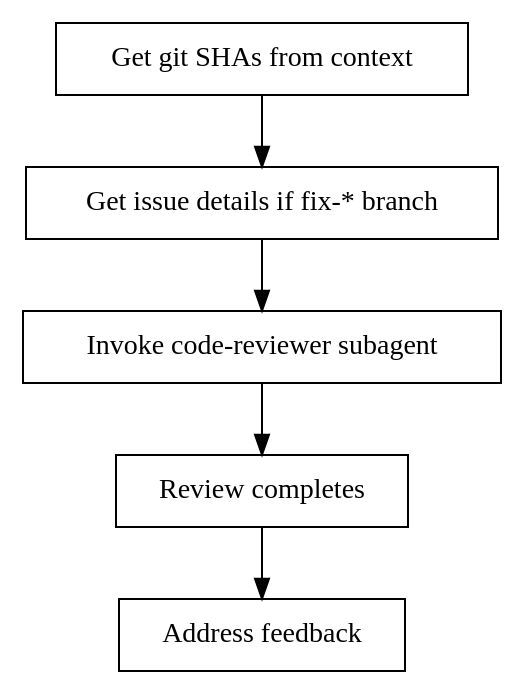
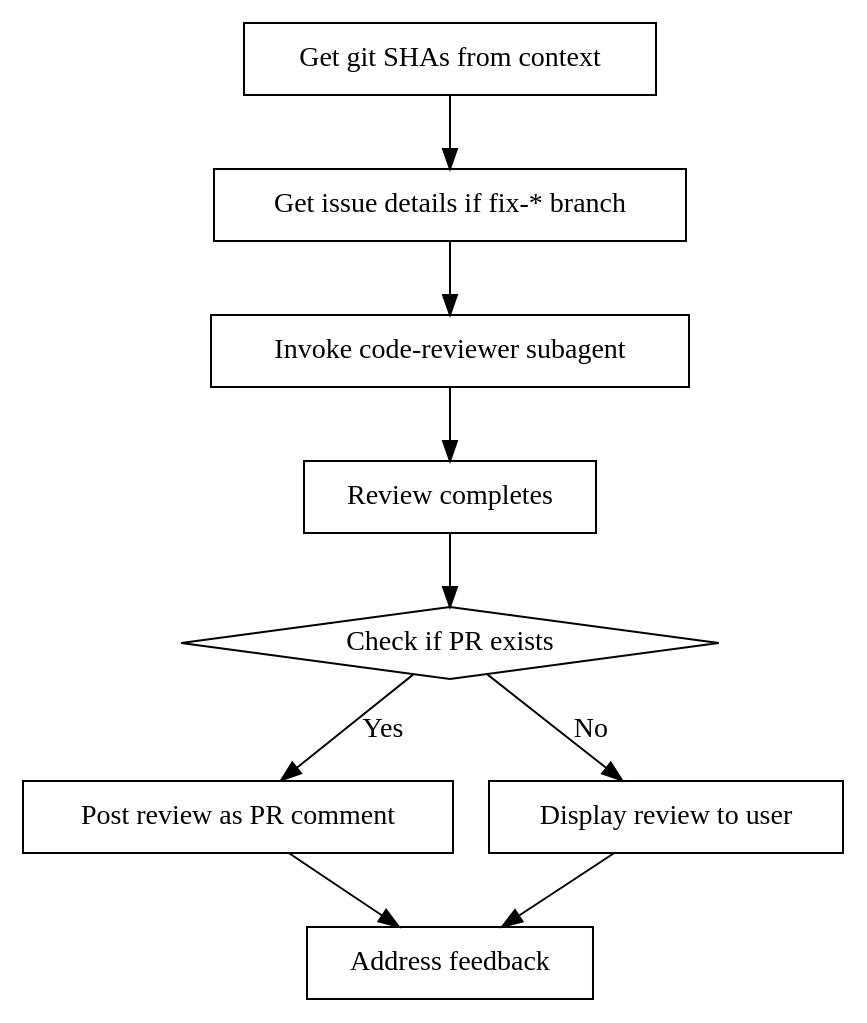
The diagram in commands/request-review.md (oalders/kitchen-sink), drawn with Graphviz before and after one commit. The commit also changed other lines of this file and 3 other files, not shown here.

First line of the commit message:
Add PR comment posting to code review workflow

````diff
--- a/commands/request-review.md
+++ b/commands/request-review.md
@@ -25,14 +25,21 @@
 ```dot
 digraph code_review {
     "Get git SHAs from context" [shape=box];
     "Get issue details if fix-* branch" [shape=box];
     "Invoke code-reviewer subagent" [shape=box];
     "Review completes" [shape=box];
+    "Check if PR exists" [shape=diamond];
+    "Post review as PR comment" [shape=box];
+    "Display review to user" [shape=box];
     "Address feedback" [shape=box];
 
     "Get git SHAs from context" -> "Get issue details if fix-* branch";
     "Get issue details if fix-* branch" -> "Invoke code-reviewer subagent";
     "Invoke code-reviewer subagent" -> "Review completes";
-    "Review completes" -> "Address feedback";
+    "Review completes" -> "Check if PR exists";
+    "Check if PR exists" -> "Post review as PR comment" [label="Yes"];
+    "Check if PR exists" -> "Display review to user" [label="No"];
+    "Post review as PR comment" -> "Address feedback";
+    "Display review to user" -> "Address feedback";
 }
 ```
````
